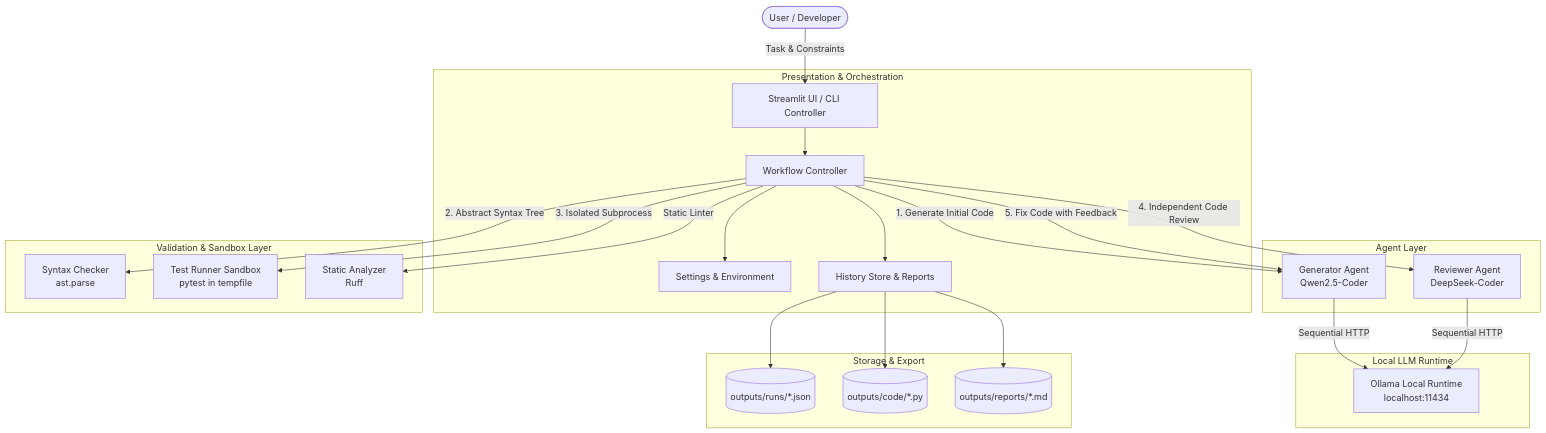
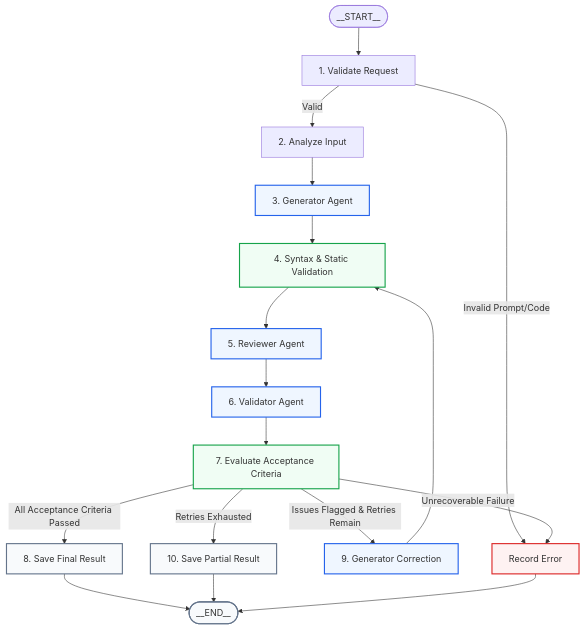
The first of 2 diagrams in docs/ARCHITECTURE.md (Amanvarma2231/OpenReviewAI), drawn with Mermaid before and after one commit. The commit also changed other lines of this file and 17 other files, not shown here.

Commit message:
feat: implement LangGraph StateGraph multi-agent orchestration, evidence validation, safe project workspaces, and production documentation

````diff
--- a/docs/ARCHITECTURE.md
+++ b/docs/ARCHITECTURE.md
@@ -16,33 +36,31 @@
 ```mermaid
 graph TD
-    User([User / Developer]) -->|Task & Constraints| Streamlit[Streamlit UI / CLI Controller]
+    Start([__START__]) --> ValReq[1. Validate Request]
+    ValReq -->|Invalid Prompt/Code| RecErr[Record Error]
+    ValReq -->|Valid| AnaInp[2. Analyze Input]
+    AnaInp --> GenNode[3. Generator Agent]
+    GenNode --> SynStat[4. Syntax & Static Validation]
+    SynStat --> RevNode[5. Reviewer Agent]
+    RevNode --> ValNode[6. Validator Agent]
+    ValNode --> EvalAcc[7. Evaluate Acceptance Criteria]
     
-    subgraph Presentation & Orchestration
-        Streamlit --> Controller[Workflow Controller]
-        Controller --> Settings[Settings & Environment]
-        Controller --> History[History Store & Reports]
-    end
+    EvalAcc -->|All Acceptance Criteria Passed| SaveFin[8. Save Final Result]
+    EvalAcc -->|Issues Flagged & Retries Remain| GenFix[9. Generator Correction]
+    EvalAcc -->|Retries Exhausted| SavePart[10. Save Partial Result]
+    EvalAcc -->|Unrecoverable Failure| RecErr
+    
+    GenFix --> SynStat
+    SaveFin --> EndNode([__END__])
+    SavePart --> EndNode
+    RecErr --> EndNode
 
-    subgraph Agent Layer
-        Controller -->|1. Generate Initial Code| Generator[Generator Agent\nQwen2.5-Coder]
-        Controller -->|5. Fix Code with Feedback| Generator
-        Controller -->|4. Independent Code Review| Reviewer[Reviewer Agent\nDeepSeek-Coder]
-    end
-
-    subgraph Local LLM Runtime
-        Generator -->|Sequential HTTP| Ollama[Ollama Local Runtime\nlocalhost:11434]
-        Reviewer -->|Sequential HTTP| Ollama
-    end
-
-    subgraph Validation & Sandbox Layer
-        Controller -->|2. Abstract Syntax Tree| SyntaxChecker[Syntax Checker\nast.parse]
-        Controller -->|3. Isolated Subprocess| TestRunner[Test Runner Sandbox\npytest in tempfile]
-        Controller -->|Static Linter| StaticAnalyzer[Static Analyzer\nRuff]
-    end
-
-    subgraph Storage & Export
-        History --> JSONRun[(outputs/runs/*.json)]
-        History --> PyCode[(outputs/code/*.py)]
-        History --> MDReport[(outputs/reports/*.md)]
-    end
+    classDef agent fill:#eff6ff,stroke:#2563eb,stroke-width:2px;
+    classDef check fill:#f0fdf4,stroke:#16a34a,stroke-width:2px;
+    classDef exit fill:#f8fafc,stroke:#64748b,stroke-width:2px;
+    classDef err fill:#fef2f2,stroke:#dc2626,stroke-width:2px;
+    
+    class GenNode,RevNode,ValNode,GenFix agent;
+    class SynStat,EvalAcc check;
+    class SaveFin,SavePart,EndNode exit;
+    class RecErr err;
 ```
````
